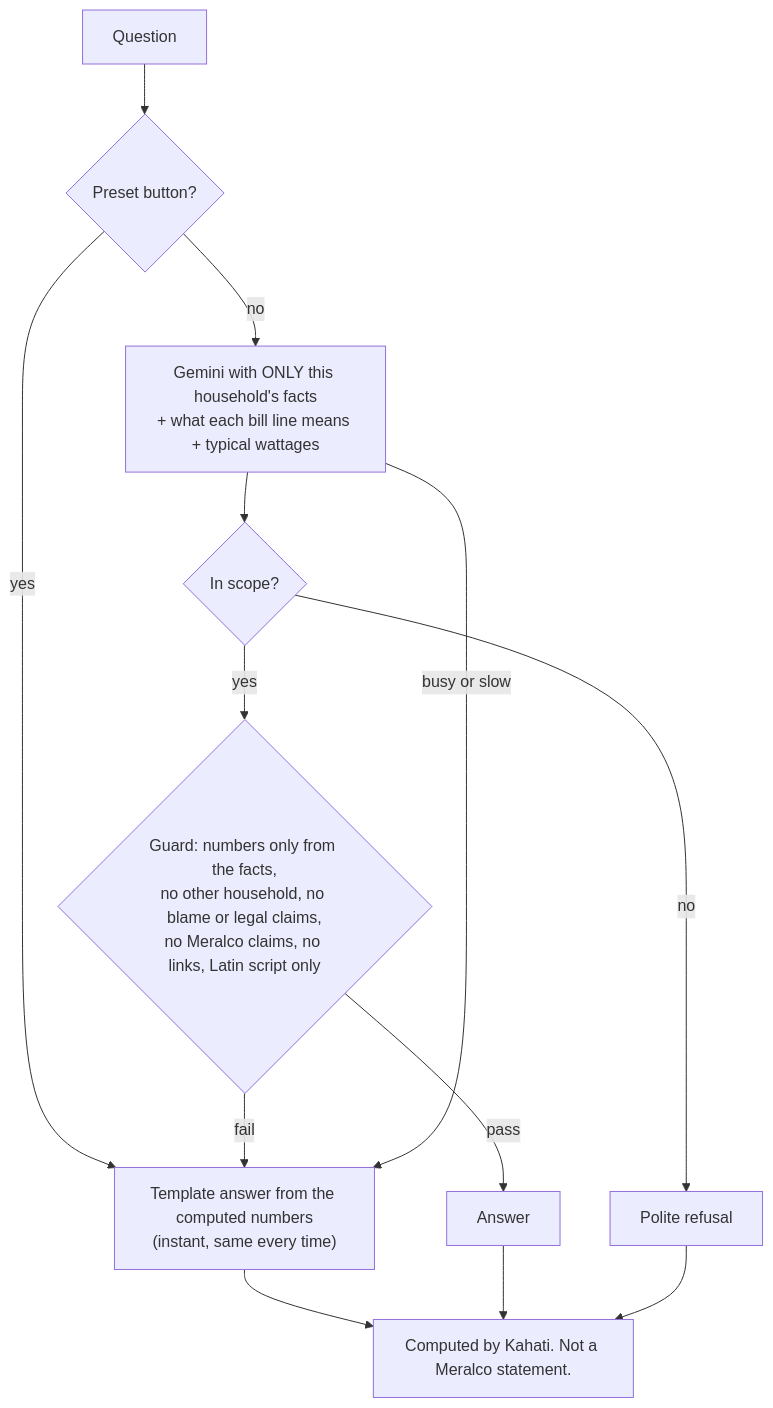
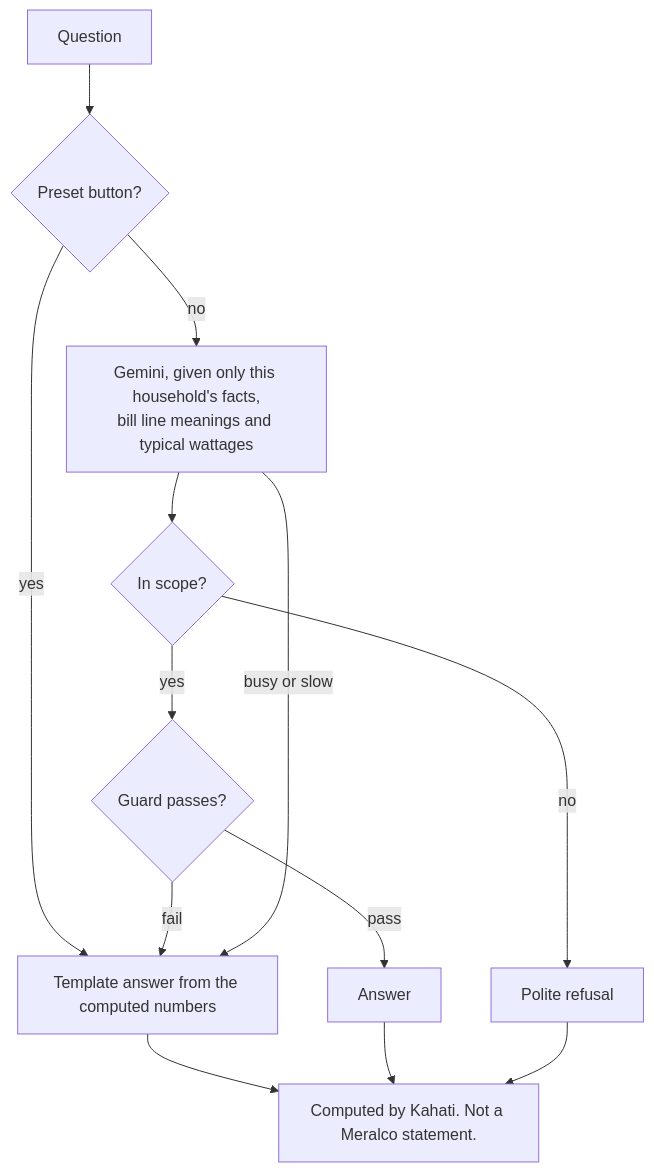
The seventh of 8 diagrams in README.md (msmeralco/TeamNewYorkStylePizza), drawn with Mermaid before and after one commit. The commit also changed other lines of this file, not shown here.

Commit message:
README: simplify the Ask Kahati diagram so GitHub renders it

````diff
--- a/README.md
+++ b/README.md
@@ -128,15 +128,15 @@
 ```mermaid
 flowchart TD
     Q["Question"] --> P{"Preset button?"}
-    P -- "yes" --> TPL["Template answer from the computed numbers<br/>(instant, same every time)"]
-    P -- "no" --> G["Gemini with ONLY this household's facts<br/>+ what each bill line means + typical wattages"]
+    P -- "yes" --> TPL["Template answer from the computed numbers"]
+    P -- "no" --> G["Gemini, given only this household's facts,<br/>bill line meanings and typical wattages"]
     G --> S{"In scope?"}
     S -- "no" --> REF["Polite refusal"]
-    S -- "yes" --> GUARD{"Guard: numbers only from the facts,<br/>no other household, no blame or legal claims,<br/>no Meralco claims, no links, Latin script only"}
+    S -- "yes" --> GUARD{"Guard passes?"}
     GUARD -- "pass" --> ANS["Answer"]
     GUARD -- "fail" --> TPL
     G -- "busy or slow" --> TPL
     TPL --> FOOT["Computed by Kahati. Not a Meralco statement."]
     ANS --> FOOT
     REF --> FOOT
 ```
````
